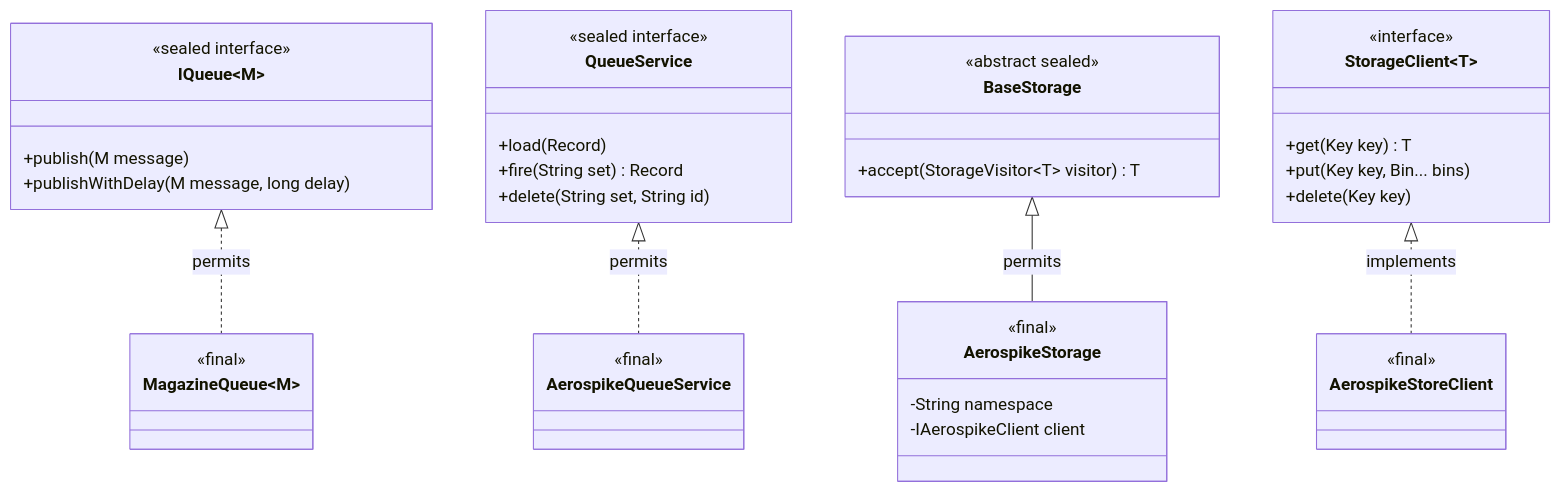
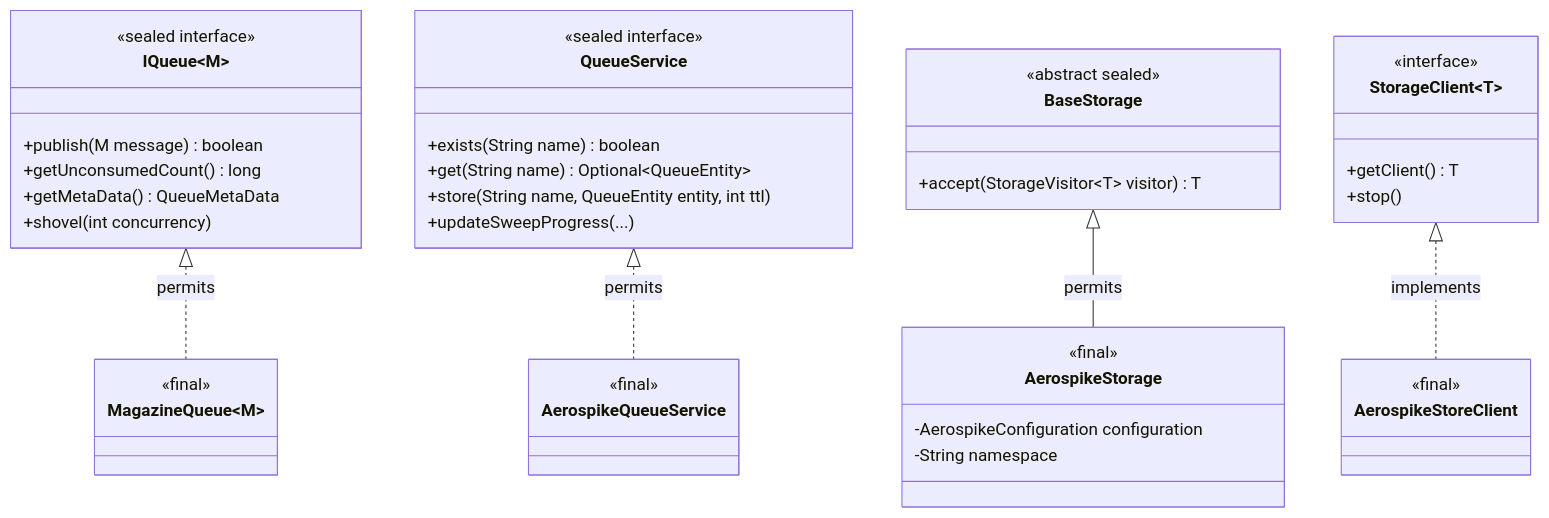
The seventh of 10 diagrams in docs/docs/architecture.md (PhonePe/IgnisMQ), drawn with Mermaid before and after one commit. The commit also changed other lines of this file and 39 other files, not shown here.

````diff
--- a/docs/docs/architecture.md
+++ b/docs/docs/architecture.md
@@ -351,45 +383,47 @@
 ```mermaid
 classDiagram
     class IQueue~M~ {
         <<sealed interface>>
-        +publish(M message)
-        +publishWithDelay(M message, long delay)
+        +publish(M message) boolean
+        +getUnconsumedCount() long
+        +getMetaData() QueueMetaData
+        +shovel(int concurrency)
     }
     class MagazineQueue~M~ {
         <<final>>
     }
     IQueue <|.. MagazineQueue : permits
 
     class QueueService {
         <<sealed interface>>
-        +load(Record)
-        +fire(String set) Record
-        +delete(String set, String id)
+        +exists(String name) boolean
+        +get(String name) Optional~QueueEntity~
+        +store(String name, QueueEntity entity, int ttl)
+        +updateSweepProgress(...)
     }
     class AerospikeQueueService {
         <<final>>
     }
     QueueService <|.. AerospikeQueueService : permits
 
     class BaseStorage {
         <<abstract sealed>>
         +accept(StorageVisitor~T~ visitor) T
     }
     class AerospikeStorage {
         <<final>>
+        -AerospikeConfiguration configuration
         -String namespace
-        -IAerospikeClient client
     }
     BaseStorage <|-- AerospikeStorage : permits
 
     class StorageClient~T~ {
         <<interface>>
-        +get(Key key) T
-        +put(Key key, Bin... bins)
-        +delete(Key key)
+        +getClient() T
+        +stop()
     }
     class AerospikeStoreClient {
         <<final>>
     }
     StorageClient <|.. AerospikeStoreClient : implements
 ```
````
